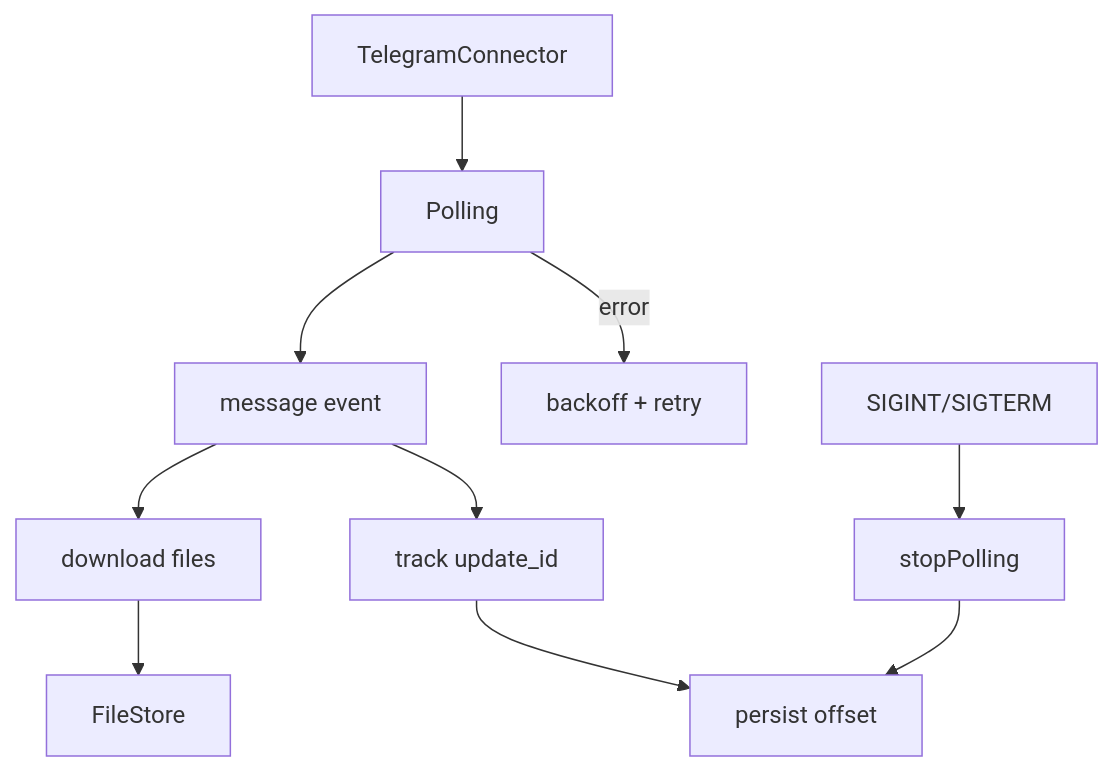
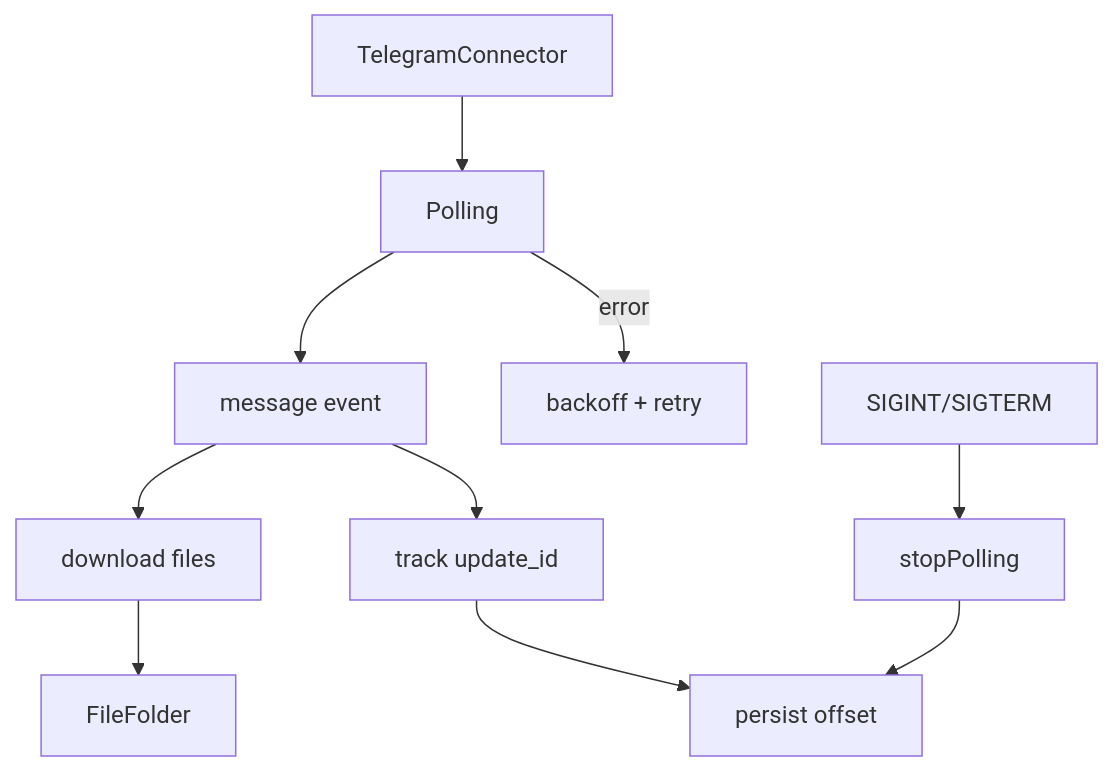
One commit to ex3ndr/daycare changed the third of 6 diagrams in doc/internals/connectors.md. Above: the diagram before and after it, drawn with Mermaid. The commit also changed other lines of this file and 48 other files, not shown here.

````diff
--- a/doc/internals/connectors.md
+++ b/doc/internals/connectors.md
@@ -61,12 +61,12 @@
 ```mermaid
 flowchart TD
   Start[TelegramConnector] --> Poll[Polling]
   Poll --> Msg[message event]
   Msg --> Files[download files]
-  Files --> Store[FileStore]
+  Files --> Store[FileFolder]
   Msg --> Track[track update_id]
   Track --> Persist[persist offset]
   Poll -->|error| Retry[backoff + retry]
   Shutdown[SIGINT/SIGTERM] --> Stop[stopPolling]
   Stop --> Persist
 ```
````
